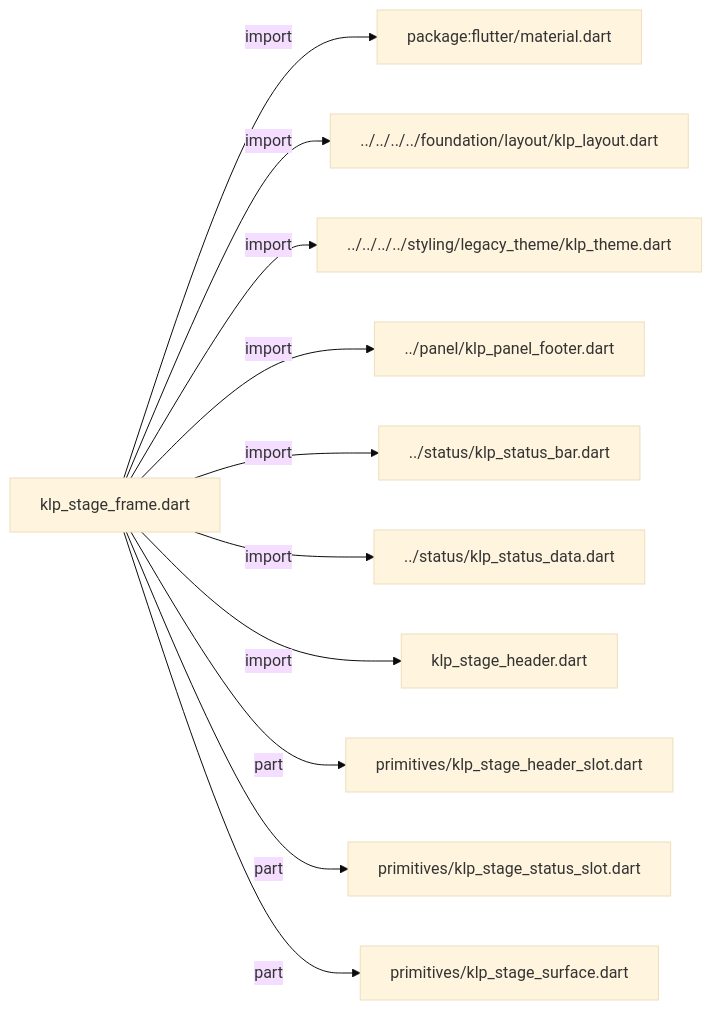
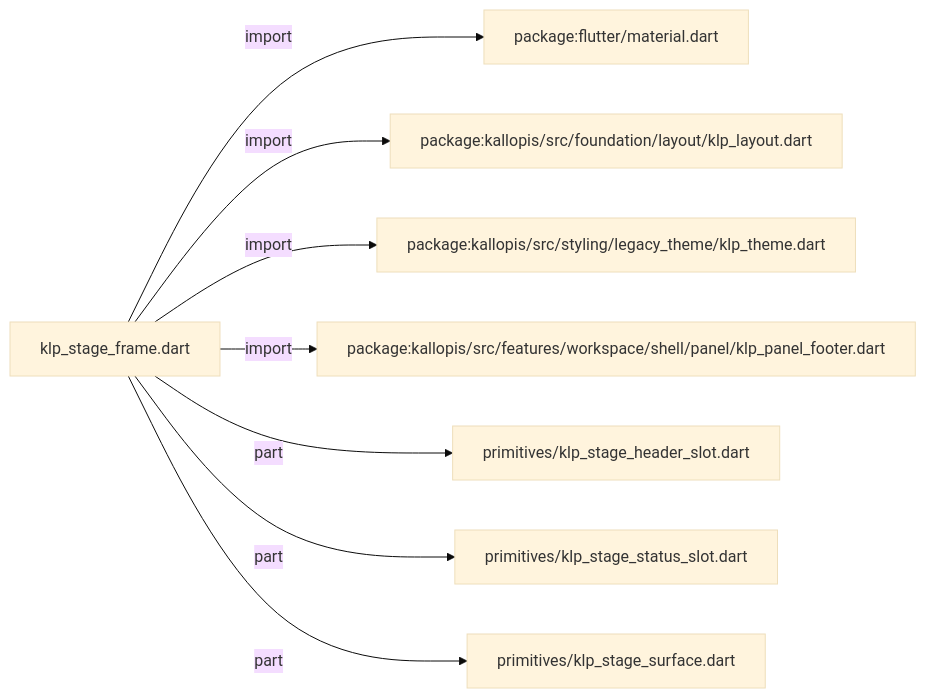
One commit to MiuDog/Kallopis changed the first of 3 diagrams in docs/architecture/src/features/workspace/shell/stage/klp_stage_frame.md. Above: the diagram before and after it, drawn with Mermaid (base theme). The commit also changed other lines of this file and 9688 other files, not shown here.

Commit message:
Prepare isolated Flow F2 peer baseline

````diff
--- a/docs/architecture/src/features/workspace/shell/stage/klp_stage_frame.md
+++ b/docs/architecture/src/features/workspace/shell/stage/klp_stage_frame.md
@@ -11,24 +11,18 @@
 ```mermaid
 flowchart LR
 	n0["klp_stage_frame.dart"]
 	n1["package:flutter/material.dart"]
-	n2["../../../../foundation/layout/klp_layout.dart"]
-	n3["../../../../styling/legacy_theme/klp_theme.dart"]
-	n4["../panel/klp_panel_footer.dart"]
-	n5["../status/klp_status_bar.dart"]
-	n6["../status/klp_status_data.dart"]
-	n7["klp_stage_header.dart"]
-	n8["primitives/klp_stage_header_slot.dart"]
-	n9["primitives/klp_stage_status_slot.dart"]
-	n10["primitives/klp_stage_surface.dart"]
+	n2["package:kallopis/src/foundation/layout/klp_layout.dart"]
+	n3["package:kallopis/src/styling/legacy_theme/klp_theme.dart"]
+	n4["package:kallopis/src/features/workspace/shell/panel/klp_panel_footer.dart"]
+	n5["primitives/klp_stage_header_slot.dart"]
+	n6["primitives/klp_stage_status_slot.dart"]
+	n7["primitives/klp_stage_surface.dart"]
 	n0 -->|"import"| n1
 	n0 -->|"import"| n2
 	n0 -->|"import"| n3
 	n0 -->|"import"| n4
-	n0 -->|"import"| n5
-	n0 -->|"import"| n6
-	n0 -->|"import"| n7
-	n0 -->|"part"| n8
-	n0 -->|"part"| n9
-	n0 -->|"part"| n10
+	n0 -->|"part"| n5
+	n0 -->|"part"| n6
+	n0 -->|"part"| n7
 ```
````
